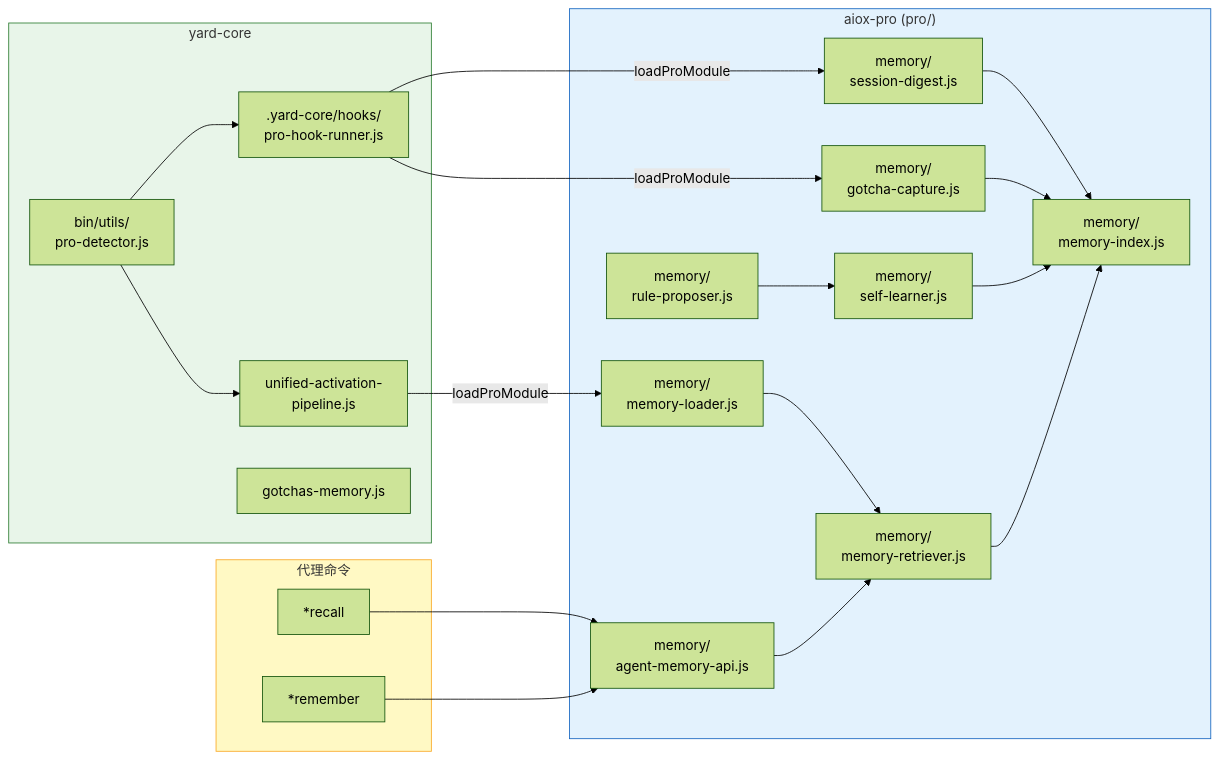
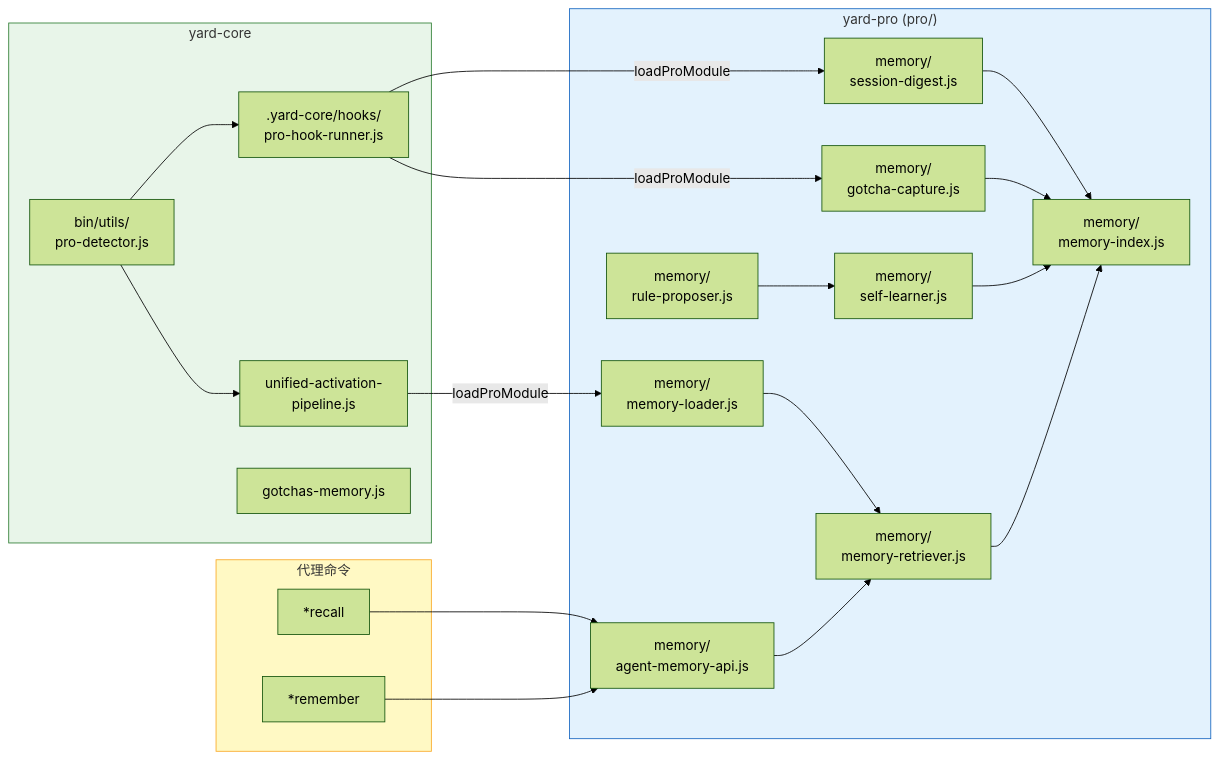
The fourth of 11 diagrams in docs/zh/guides/MEMORY-INTELLIGENCE-SYSTEM.md (ernesto-langa/yard-core), drawn with Mermaid (forest theme) before and after one commit. The commit also changed other lines of this file and 529 other files, not shown here.

````diff
--- a/docs/zh/guides/MEMORY-INTELLIGENCE-SYSTEM.md
+++ b/docs/zh/guides/MEMORY-INTELLIGENCE-SYSTEM.md
@@ -377,46 +377,46 @@
 ```mermaid
 flowchart LR
     subgraph CORE["yard-core"]
         HR[".yard-core/hooks/<br/>pro-hook-runner.js"]
         UAP["unified-activation-<br/>pipeline.js"]
         GM["gotchas-memory.js"]
         PD["bin/utils/<br/>pro-detector.js"]
     end
 
-    subgraph PRO["aiox-pro (pro/)"]
+    subgraph PRO["yard-pro (pro/)"]
         SD["memory/<br/>session-digest.js"]
         GC["memory/<br/>gotcha-capture.js"]
         MI["memory/<br/>memory-index.js"]
         MR["memory/<br/>memory-retriever.js"]
         ML["memory/<br/>memory-loader.js"]
         SL["memory/<br/>self-learner.js"]
         RP["memory/<br/>rule-proposer.js"]
         API["memory/<br/>agent-memory-api.js"]
     end
 
     subgraph COMMANDS["代理命令"]
         CMD_RECALL["*recall"]
         CMD_REMEMBER["*remember"]
     end
 
     HR -->|"loadProModule"| SD
     HR -->|"loadProModule"| GC
     UAP -->|"loadProModule"| ML
     PD --> HR
     PD --> UAP
 
     SD --> MI
     GC --> MI
     SL --> MI
     ML --> MR
     MR --> MI
     API --> MR
     RP --> SL
 
     CMD_RECALL --> API
     CMD_REMEMBER --> API
 
     style CORE fill:#E8F5E9,stroke:#2E7D32
     style PRO fill:#E3F2FD,stroke:#1565C0
     style COMMANDS fill:#FFF9C4,stroke:#F9A825
 ```
````
